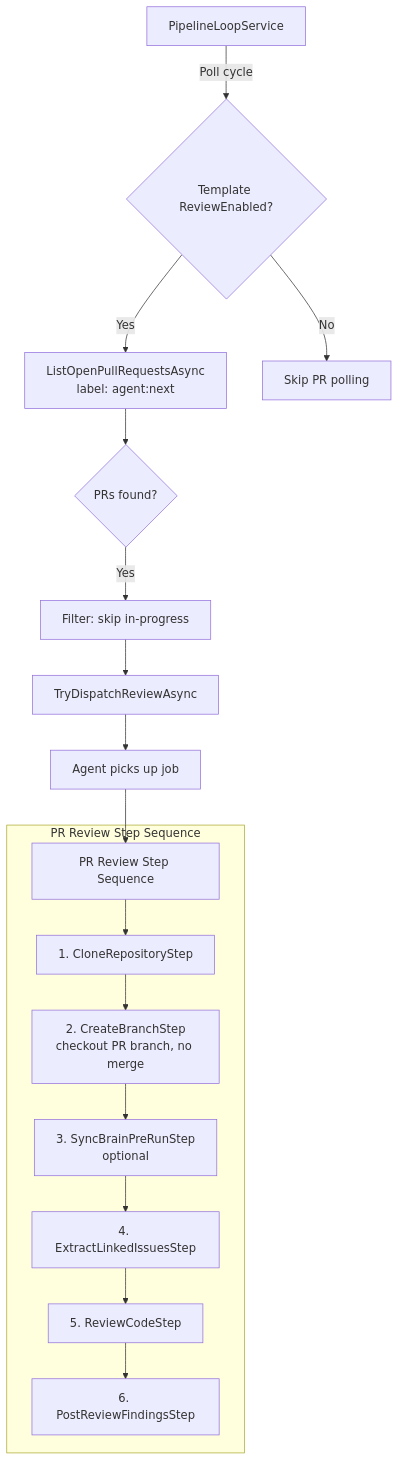
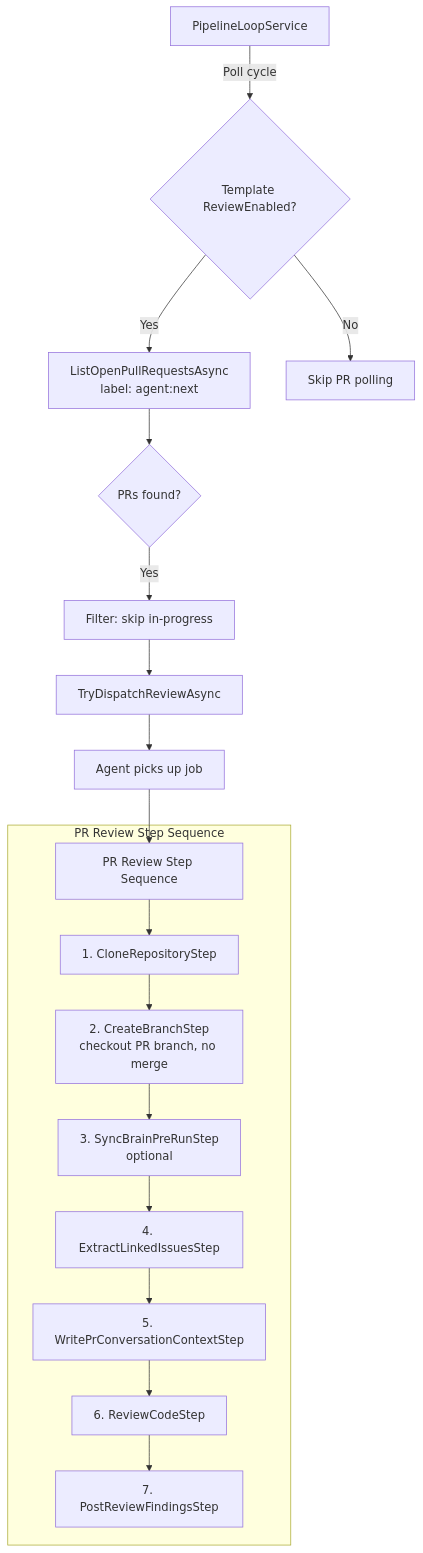
Before and after one commit to Chemsorly/coding-agent-automation: the fifth of 10 diagrams in docs/pipeline-orchestration.md, drawn with Mermaid. The commit also changed other lines of this file and 4 other files, not shown here.

````diff
--- a/docs/pipeline-orchestration.md
+++ b/docs/pipeline-orchestration.md
@@ -203,20 +203,21 @@
 ```mermaid
 flowchart TD
     A[PipelineLoopService] -->|Poll cycle| B{Template ReviewEnabled?}
     B -->|Yes| C[ListOpenPullRequestsAsync<br/>label: agent:next]
     B -->|No| D[Skip PR polling]
     C --> E{PRs found?}
     E -->|Yes| F[Filter: skip in-progress]
     F --> G[TryDispatchReviewAsync]
     G --> H[Agent picks up job]
     H --> I[PR Review Step Sequence]
     
     subgraph "PR Review Step Sequence"
         I --> S1[1. CloneRepositoryStep]
         S1 --> S2[2. CreateBranchStep<br/>checkout PR branch, no merge]
         S2 --> S3[3. SyncBrainPreRunStep<br/>optional]
         S3 --> S4[4. ExtractLinkedIssuesStep]
-        S4 --> S5[5. ReviewCodeStep]
-        S5 --> S6[6. PostReviewFindingsStep]
+        S4 --> S4b[5. WritePrConversationContextStep]
+        S4b --> S5[6. ReviewCodeStep]
+        S5 --> S6[7. PostReviewFindingsStep]
     end
 ```
````
